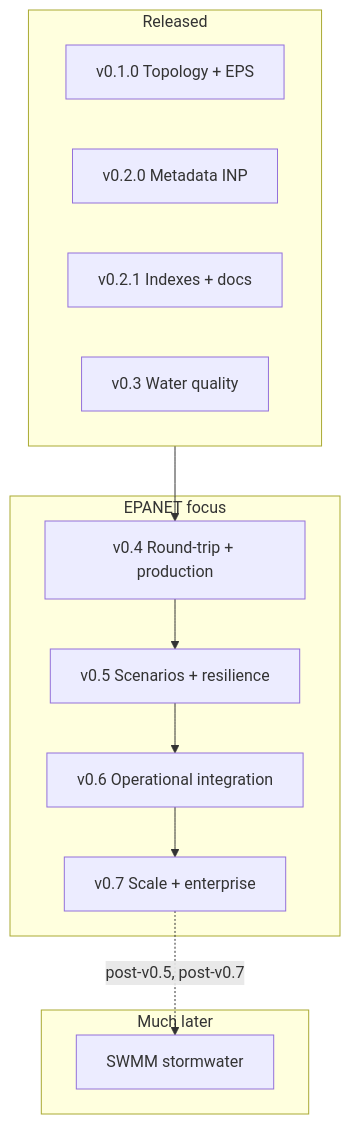
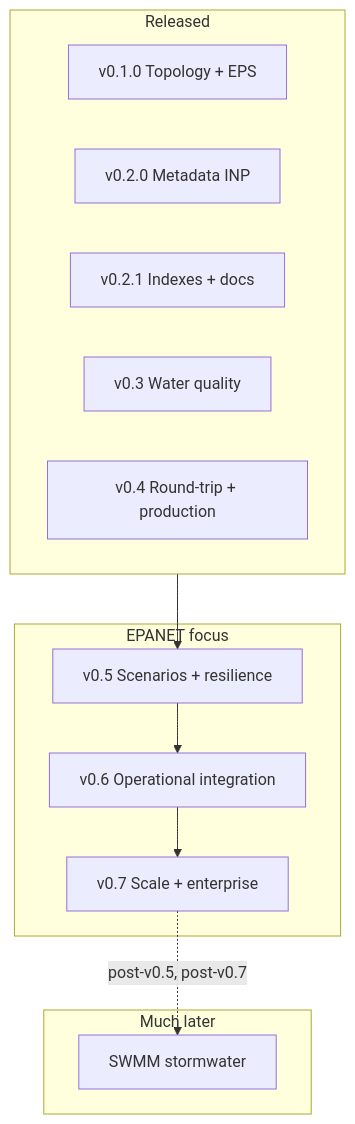
The diagram in ROADMAP.md (danimarindev/pg_epanet), drawn with Mermaid before and after one commit. The commit also changed other lines of this file and 7 other files, not shown here.

First line of the commit message:
feat: v0.4 round-trip export, validation, and production hardening

````diff
--- a/ROADMAP.md
+++ b/ROADMAP.md
@@ -29,20 +29,20 @@
 ```mermaid
 flowchart TB
   subgraph done [Released]
     v01[v0.1.0 Topology + EPS]
     v02[v0.2.0 Metadata INP]
     v021[v0.2.1 Indexes + docs]
     v03[v0.3 Water quality]
+    v04[v0.4 Round-trip + production]
   end
   subgraph epanet_core [EPANET focus]
-    v04[v0.4 Round-trip + production]
     v05[v0.5 Scenarios + resilience]
     v06[v0.6 Operational integration]
     v07[v0.7 Scale + enterprise]
   end
   subgraph horizon [Much later]
     swmm[SWMM stormwater]
   end
-  done --> v04 --> v05 --> v06 --> v07
+  done --> v05 --> v06 --> v07
   v07 -.->|"post-v0.5, post-v0.7"| swmm
 ```
````
